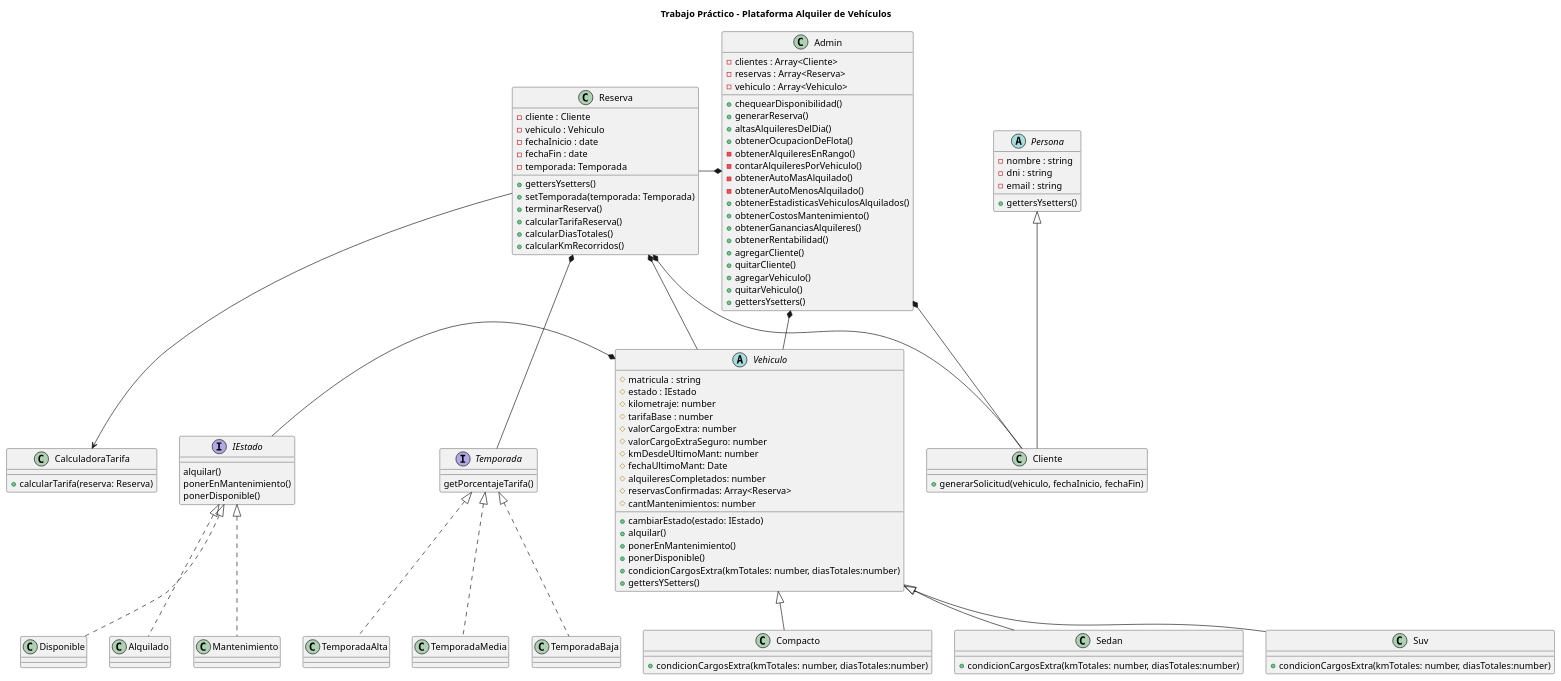
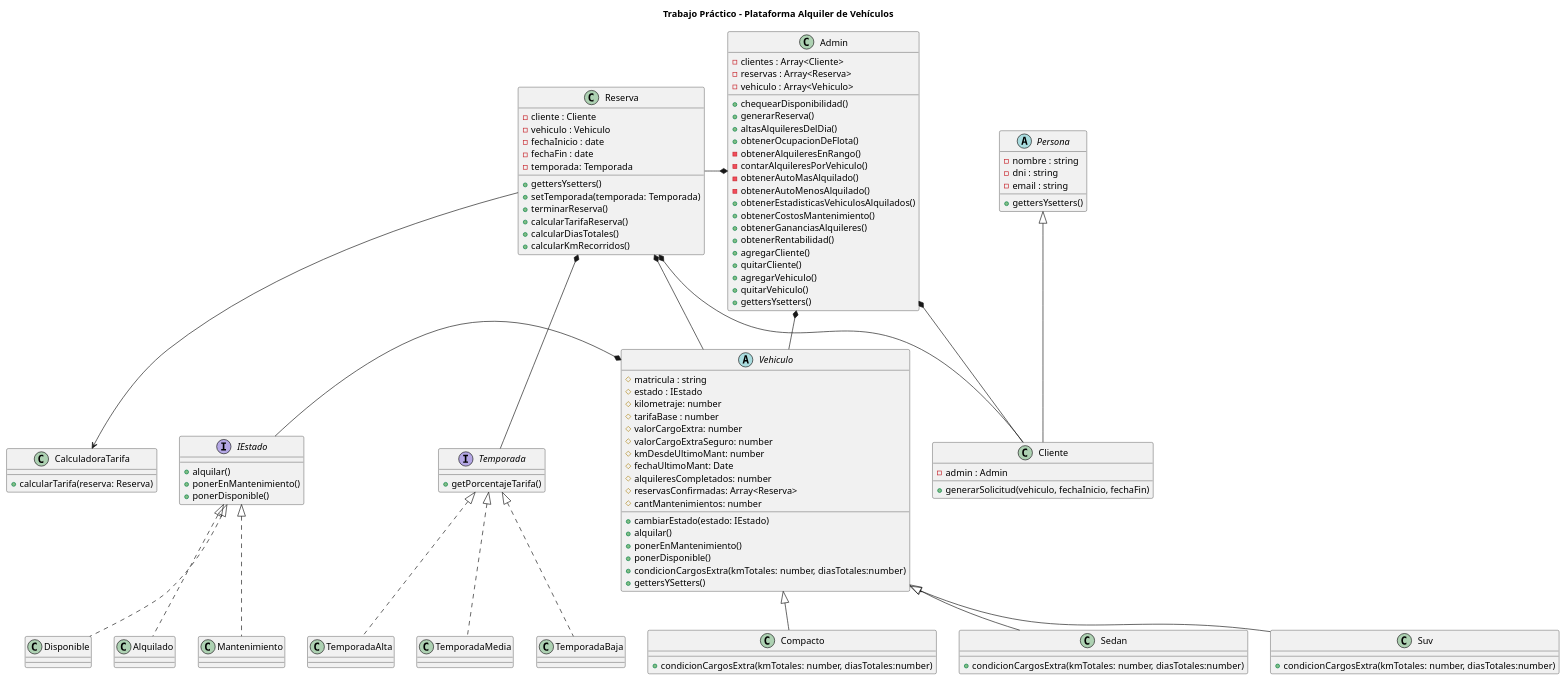
Before and after one commit to sopiombetti/DriveHub-Grupo3: the diagram in diagramas/clases/clases.puml, drawn with PlantUML.

Commit message:
fix-en-diagrama-de-clases

```diff
--- a/diagramas/clases/clases.puml
+++ b/diagramas/clases/clases.puml
@@ -1,136 +1,138 @@
 @startuml diagrama
 
 title Trabajo Práctico - Plataforma Alquiler de Vehículos
 
 abstract class Vehiculo{
     # matricula : string
     # estado : IEstado 
     # kilometraje: number 
     # tarifaBase : number
     # valorCargoExtra: number
     # valorCargoExtraSeguro: number
     # kmDesdeUltimoMant: number
     # fechaUltimoMant: Date
     # alquileresCompletados: number
     # reservasConfirmadas: Array<Reserva>
     # cantMantenimientos: number
 
     + cambiarEstado(estado: IEstado)
     + alquilar()
     + ponerEnMantenimiento()
     + ponerDisponible()
     + condicionCargosExtra(kmTotales: number, diasTotales:number)
     + gettersYSetters()
 }
 
 class Compacto extends Vehiculo{
     + condicionCargosExtra(kmTotales: number, diasTotales:number)
 }
 
 class Sedan extends Vehiculo{
     + condicionCargosExtra(kmTotales: number, diasTotales:number)
 }
 class Suv extends Vehiculo{
     + condicionCargosExtra(kmTotales: number, diasTotales:number)
 }
 
 interface IEstado{
-    alquilar()
-    ponerEnMantenimiento()
-    ponerDisponible()
+    + alquilar()
+    + ponerEnMantenimiento()
+    + ponerDisponible()
 }
 
 class Disponible implements IEstado{
 }
 
 class Alquilado implements IEstado{
 }
 
 class Mantenimiento implements IEstado{
 }
 
 abstract class Persona{
     - nombre : string
     - dni : string 
     - email : string
 
     +gettersYsetters()
 }
 
 class Cliente extends Persona{
+    - admin : Admin
+
     + generarSolicitud(vehiculo, fechaInicio, fechaFin)
 }
 
 interface Temporada {
-    getPorcentajeTarifa()
+    + getPorcentajeTarifa()
 }
 
 class TemporadaAlta implements Temporada{
 
 }
 
 class TemporadaMedia implements Temporada{
     
 }
 
 class TemporadaBaja implements Temporada{
     
 }
 
 class Reserva{
     
     - cliente : Cliente 
     - vehiculo : Vehiculo
     - fechaInicio : date
     - fechaFin : date
     - temporada: Temporada
 
     + gettersYsetters()
     + setTemporada(temporada: Temporada)
     + terminarReserva()
     + calcularTarifaReserva()
     + calcularDiasTotales()
     + calcularKmRecorridos()
 }
 
 class CalculadoraTarifa{
     + calcularTarifa(reserva: Reserva)
 }
 
 
 class Admin {
     - clientes : Array<Cliente>
     - reservas : Array<Reserva>
     - vehiculo : Array<Vehiculo>
 
     + chequearDisponibilidad()
     + generarReserva()
     + altasAlquileresDelDia()
     + obtenerOcupacionDeFlota()
     - obtenerAlquileresEnRango()
     - contarAlquileresPorVehiculo()
     - obtenerAutoMasAlquilado()
     - obtenerAutoMenosAlquilado()
     + obtenerEstadisticasVehiculosAlquilados()
     + obtenerCostosMantenimiento()
     + obtenerGananciasAlquileres()
     + obtenerRentabilidad()
     + agregarCliente()
     + quitarCliente()
     + agregarVehiculo()
     + quitarVehiculo()
     + gettersYsetters()
 }
 
 Vehiculo*-l-IEstado
 Admin*-r-Cliente
 Admin*-l-Reserva
 Admin*--Vehiculo
 Reserva*--Vehiculo
 Reserva*--Cliente
 Reserva*--Temporada
 Reserva --> CalculadoraTarifa
 
 
 
 @enduml
```
